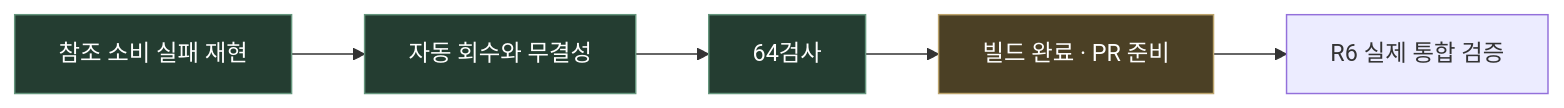
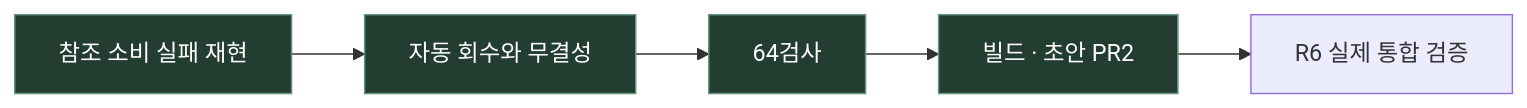
Before and after one commit to skerfolg/pok-ui: the first of 4 diagrams in docs/CURRENT-PLAN.md, drawn with Mermaid. The commit also changed other lines of this file, not shown here.

Commit message:
docs: record MCP transport draft PR

````diff
--- a/docs/CURRENT-PLAN.md
+++ b/docs/CURRENT-PLAN.md
@@ -23,7 +23,7 @@
 ```mermaid
 flowchart LR
-  T[참조 소비 실패 재현]:::done --> C[자동 회수와 무결성]:::done --> V[64검사]:::done --> P[빌드 완료 · PR 준비]:::active
+  T[참조 소비 실패 재현]:::done --> C[자동 회수와 무결성]:::done --> V[64검사]:::done --> P[빌드 · 초안 PR2]:::done
   P --> I[R6 실제 통합 검증]
   classDef done fill:#243d31,stroke:#65967d,color:#fff
   classDef active fill:#4b4025,stroke:#bca46c,color:#fff
 ```
````
